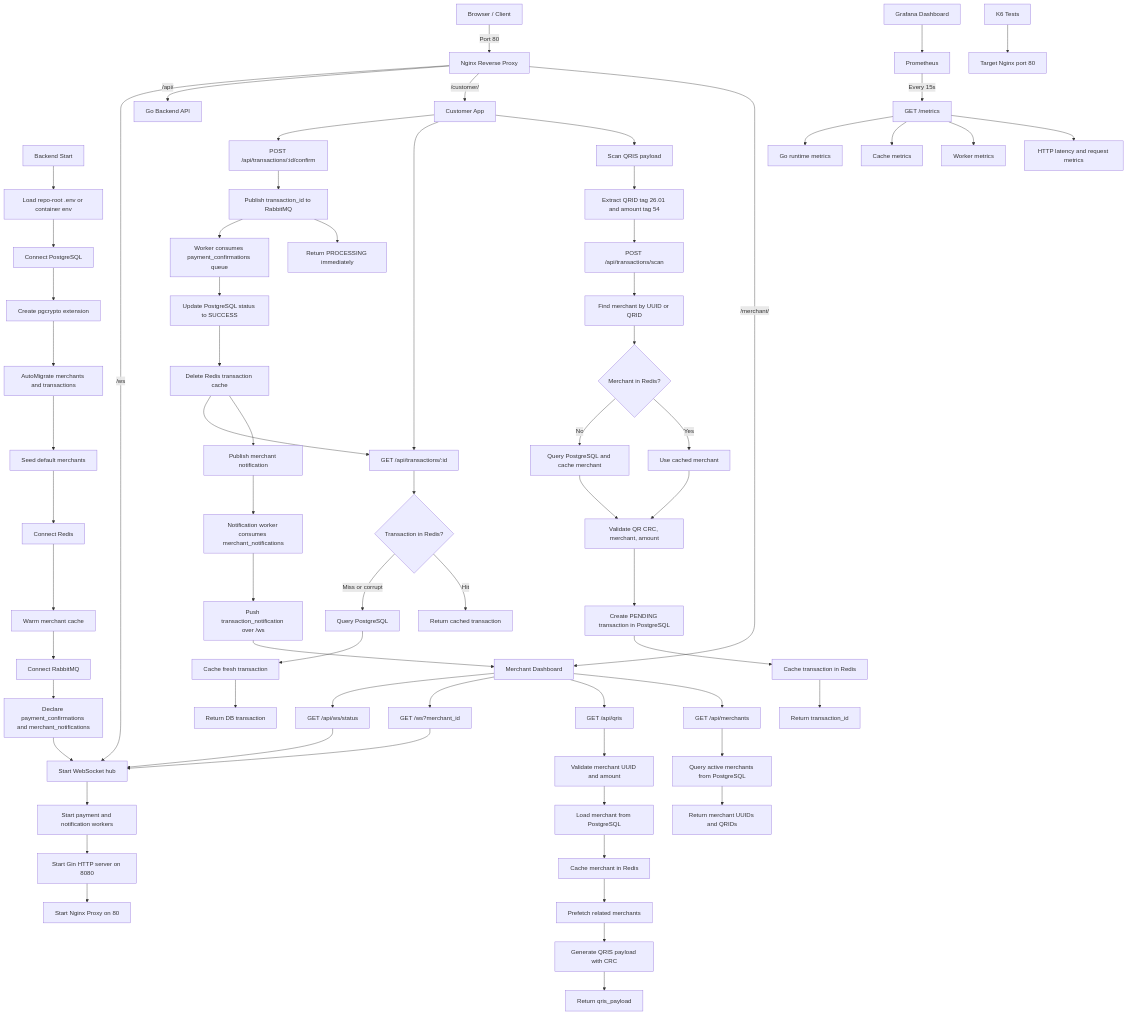
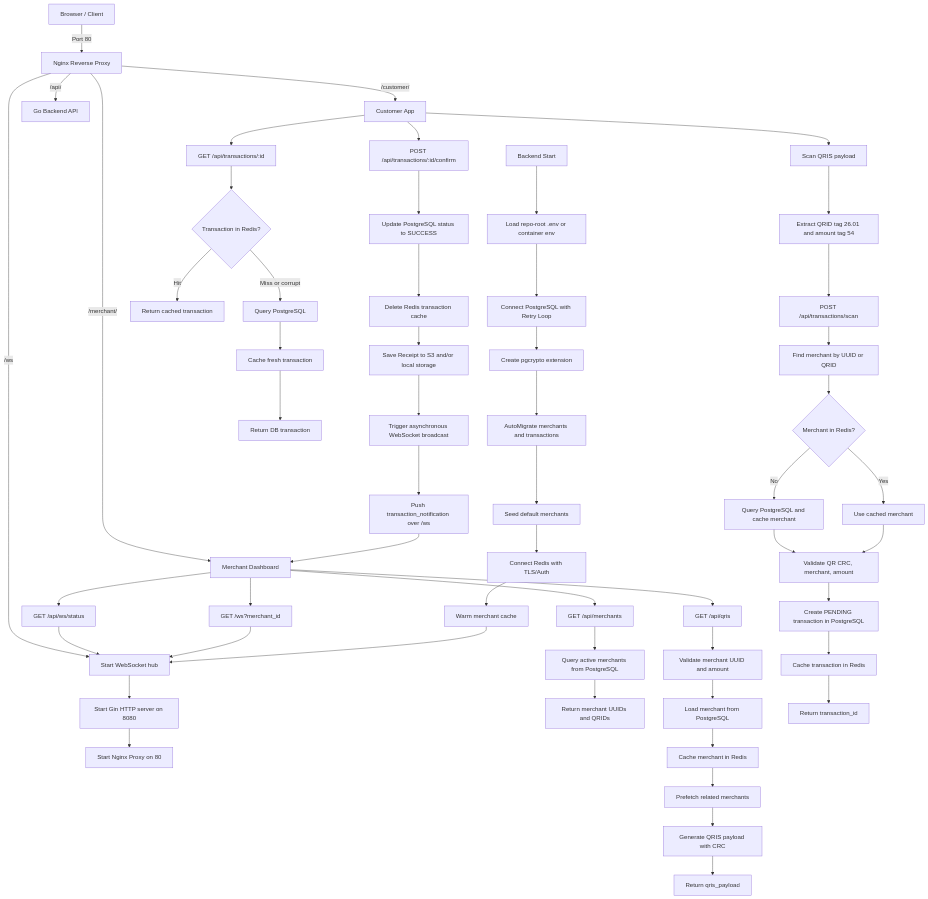
The diagram in report-purpose/flow-mermaid.md (sixarchve/qris-aws), drawn with Mermaid before and after one commit. The commit also changed other lines of this file and 10 other files, not shown here.

````diff
--- a/report-purpose/flow-mermaid.md
+++ b/report-purpose/flow-mermaid.md
@@ -3,81 +3,64 @@
 ```mermaid
 flowchart TD
     A[Backend Start] --> B[Load repo-root .env or container env]
-    B --> C[Connect PostgreSQL]
+    B --> C[Connect PostgreSQL with Retry Loop]
     C --> D[Create pgcrypto extension]
     D --> E[AutoMigrate merchants and transactions]
     E --> F[Seed default merchants]
-    F --> G[Connect Redis]
+    F --> G[Connect Redis with TLS/Auth]
     G --> H[Warm merchant cache]
-    H --> I[Connect RabbitMQ]
-    I --> IQ[Declare payment_confirmations and merchant_notifications]
-    IQ --> WH[Start WebSocket hub]
-    WH --> J[Start payment and notification workers]
-    J --> K[Start Gin HTTP server on 8080]
+    H --> WH[Start WebSocket hub]
+    WH --> K[Start Gin HTTP server on 8080]
     K --> L[Start Nginx Proxy on 80]
 
     MD[Merchant Dashboard] --> ML[GET /api/merchants]
     ML --> MP[Query active merchants from PostgreSQL]
     MP --> MR[Return merchant UUIDs and QRIDs]
 
     MD --> Q1[GET /api/qris]
     Q1 --> Q2[Validate merchant UUID and amount]
     Q2 --> Q3[Load merchant from PostgreSQL]
     Q3 --> Q4[Cache merchant in Redis]
     Q4 --> Q5[Prefetch related merchants]
     Q5 --> Q6[Generate QRIS payload with CRC]
     Q6 --> Q7[Return qris_payload]
 
     CA[Customer App] --> S1[Scan QRIS payload]
     S1 --> S2[Extract QRID tag 26.01 and amount tag 54]
     S2 --> S3[POST /api/transactions/scan]
     S3 --> S4[Find merchant by UUID or QRID]
     S4 --> S5{Merchant in Redis?}
     S5 -->|Yes| S6[Use cached merchant]
     S5 -->|No| S7[Query PostgreSQL and cache merchant]
     S6 --> S8[Validate QR CRC, merchant, amount]
     S7 --> S8
     S8 --> S9[Create PENDING transaction in PostgreSQL]
     S9 --> S10[Cache transaction in Redis]
     S10 --> S11[Return transaction_id]
 
     CA --> ST1[GET /api/transactions/:id]
     ST1 --> ST2{Transaction in Redis?}
     ST2 -->|Hit| ST3[Return cached transaction]
     ST2 -->|Miss or corrupt| ST4[Query PostgreSQL]
     ST4 --> ST5[Cache fresh transaction]
     ST5 --> ST6[Return DB transaction]
 
     CA --> AC1[POST /api/transactions/:id/confirm]
-    AC1 --> AC2[Publish transaction_id to RabbitMQ]
-    AC2 --> AC3[Return PROCESSING immediately]
-    AC2 --> AC4[Worker consumes payment_confirmations queue]
-    AC4 --> AC5[Update PostgreSQL status to SUCCESS]
-    AC5 --> AC6[Delete Redis transaction cache]
-    AC6 --> NQ[Publish merchant notification]
-    NQ --> NW[Notification worker consumes merchant_notifications]
-    NW --> WS[Push transaction_notification over /ws]
+    AC1 --> AC2[Update PostgreSQL status to SUCCESS]
+    AC2 --> AC3[Delete Redis transaction cache]
+    AC3 --> AC4[Save Receipt to S3 and/or local storage]
+    AC4 --> AC5[Trigger asynchronous WebSocket broadcast]
+    AC5 --> WS[Push transaction_notification over /ws]
     WS --> MD
-    AC6 --> ST1
-
-    PR[Prometheus] -->|Every 15s| MT[GET /metrics]
-    MT --> M1[HTTP latency and request metrics]
-    MT --> M3[Worker metrics]
-    MT --> M4[Cache metrics]
-    MT --> M5[Go runtime metrics]
-
-    GF[Grafana Dashboard] --> PR
 
     MD --> WSC[GET /ws?merchant_id]
     WSC --> WH
     MD --> WSS[GET /api/ws/status]
     WSS --> WH
 
     User[Browser / Client] -->|Port 80| NginxRouter[Nginx Reverse Proxy]
     NginxRouter -->|/merchant/| MD
     NginxRouter -->|/customer/| CA
     NginxRouter -->|/api/| API[Go Backend API]
     NginxRouter -->|/ws| WH
-
-    K6[K6 Tests] --> N1[Target Nginx port 80]
 ```
````
